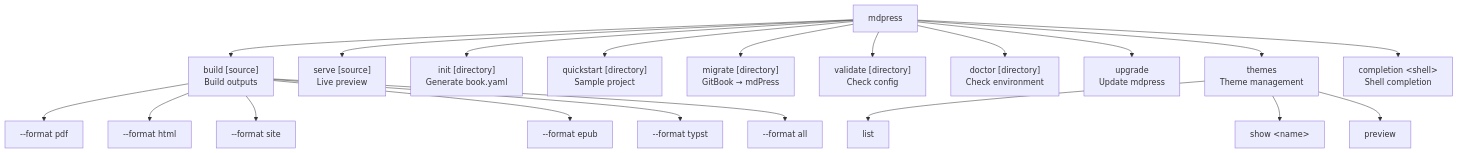
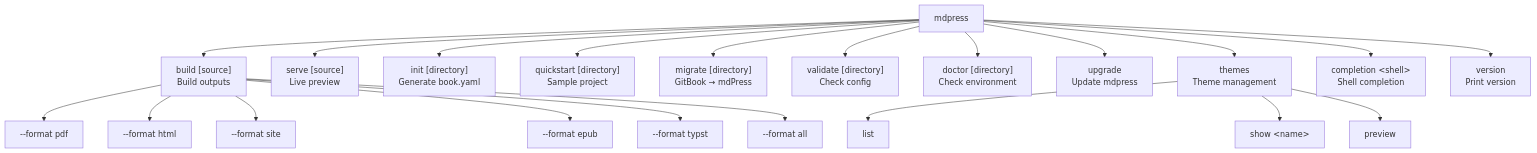
The first of 2 diagrams in docs/COMMANDS.md (yeasy/mdPress), drawn with Mermaid before and after one commit. The commit also changed other lines of this file and 4 other files, not shown here.

````diff
--- a/docs/COMMANDS.md
+++ b/docs/COMMANDS.md
@@ -9,26 +9,27 @@
 ```mermaid
 flowchart TD
     root["mdpress"]
 
     root --> build["build [source]<br/>Build outputs"]
     root --> serve["serve [source]<br/>Live preview"]
     root --> init["init [directory]<br/>Generate book.yaml"]
     root --> quickstart["quickstart [directory]<br/>Sample project"]
     root --> migrate["migrate [directory]<br/>GitBook → mdPress"]
     root --> validate["validate [directory]<br/>Check config"]
     root --> doctor["doctor [directory]<br/>Check environment"]
     root --> upgrade["upgrade<br/>Update mdpress"]
     root --> themes["themes<br/>Theme management"]
     root --> completion["completion &lt;shell&gt;<br/>Shell completion"]
+    root --> version["version<br/>Print version"]
 
     themes --> list["list"]
     themes --> show["show &lt;name&gt;"]
     themes --> preview["preview"]
 
     build --> pdf["--format pdf"]
     build --> html["--format html"]
     build --> site["--format site"]
     build --> epub["--format epub"]
     build --> typst["--format typst"]
     build --> all["--format all"]
 ```
````
